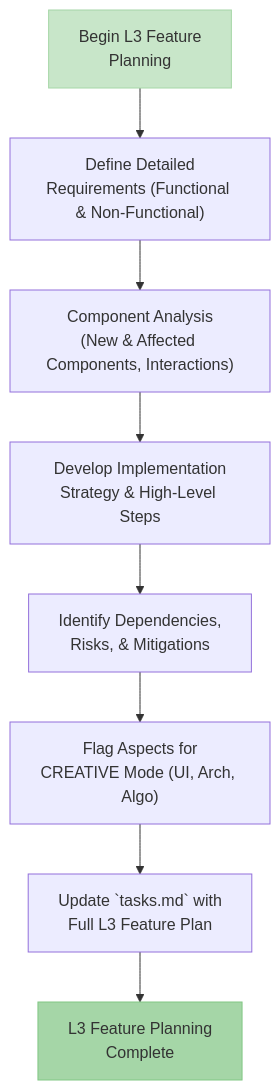
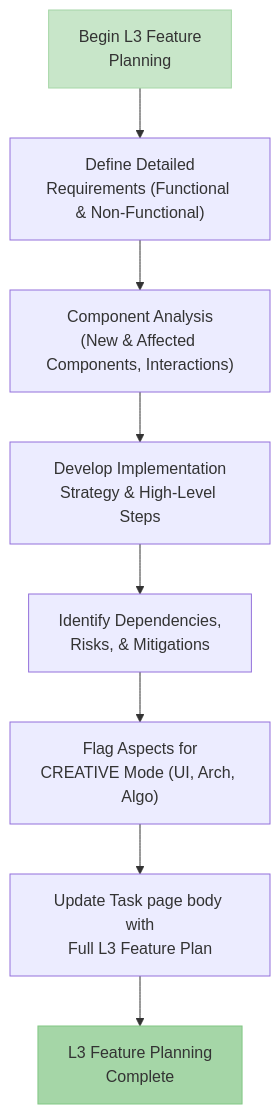
Before and after one commit to xianzhu21/cursor-memory-notion: the fourth of 8 diagrams in .cursor/rules/isolation_rules/Level3/workflow-level3.mdc, drawn with Mermaid. The commit also changed other lines of this file and 37 other files, not shown here.

````diff
--- a/.cursor/rules/isolation_rules/Level3/workflow-level3.mdc
+++ b/.cursor/rules/isolation_rules/Level3/workflow-level3.mdc
@@ -128,13 +132,13 @@
 ```mermaid
 graph TD
     StartPlan["Begin L3 Feature<br>Planning"] --> ReqDef["Define Detailed<br>Requirements (Functional & Non-Functional)"]
     ReqDef --> CompAnalysis["Component Analysis<br>(New & Affected Components, Interactions)"]
     CompAnalysis --> ImplStrategy["Develop Implementation<br>Strategy & High-Level Steps"]
     ImplStrategy --> DepRiskMgmt["Identify Dependencies,<br>Risks, & Mitigations"]
     DepRiskMgmt --> CreativeFlag["Flag Aspects for<br>CREATIVE Mode (UI, Arch, Algo)"]
-    CreativeFlag --> UpdateTasks["Update `tasks.md` with<br>Full L3 Feature Plan"]
+    CreativeFlag --> UpdateTasks["Update Task page body with<br>Full L3 Feature Plan"]
     UpdateTasks --> PlanComplete["L3 Feature Planning<br>Complete"]
 
     style StartPlan fill:#c8e6c9,stroke:#a5d6a7
     style PlanComplete fill:#a5d6a7,stroke:#81c784
 ```
````
